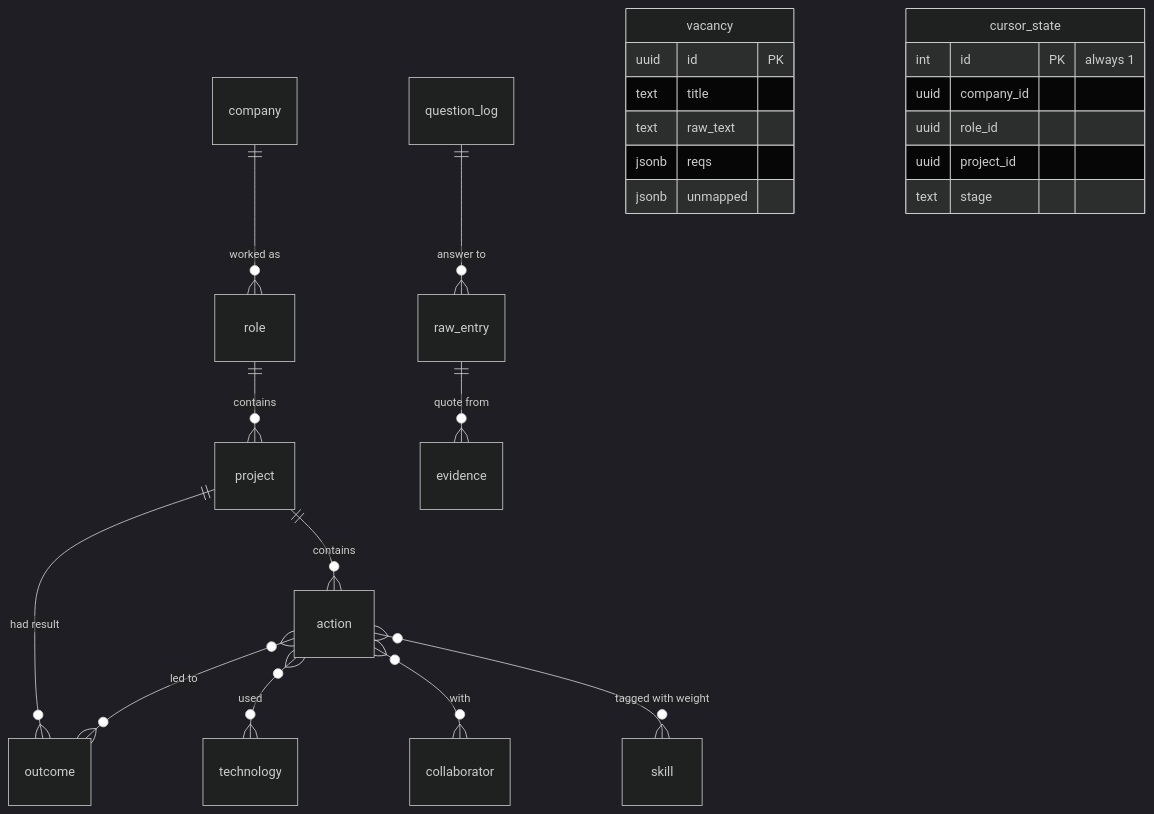
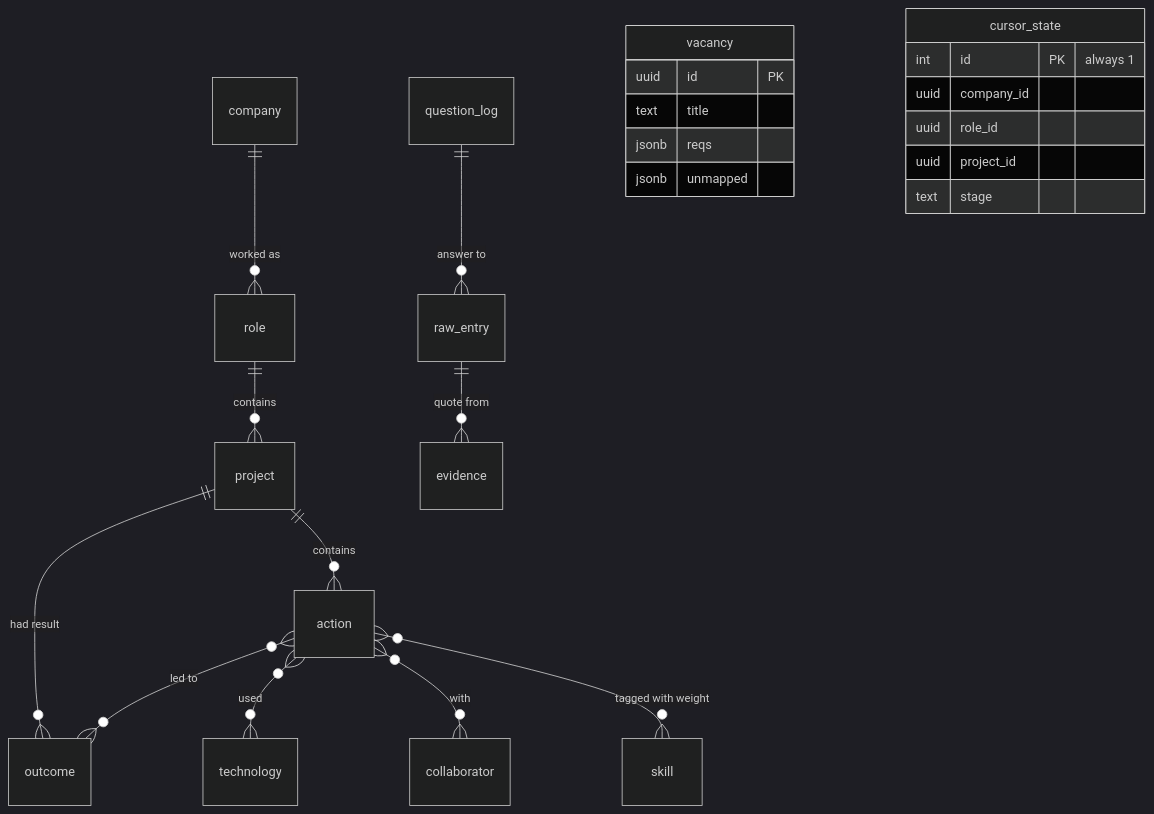
One commit to yuriisurzhykov/Tallyvane changed the sixth of 6 diagrams in docs/adr/ADR-101-knowledge-core-proof-of-concept.md. Above: the diagram before and after it, drawn with Mermaid (dark theme). The commit also changed other lines of this file and 45 other files, not shown here.

````diff
--- a/docs/adr/ADR-101-knowledge-core-proof-of-concept.md
+++ b/docs/adr/ADR-101-knowledge-core-proof-of-concept.md
@@ -517,27 +544,26 @@
 ```mermaid
 erDiagram
     company ||--o{ role : "worked as"
     role ||--o{ project : "contains"
     project ||--o{ action : "contains"
     project ||--o{ outcome : "had result"
     action }o--o{ outcome : "led to"
     action }o--o{ technology : "used"
     action }o--o{ collaborator : "with"
     action }o--o{ skill : "tagged with weight"
     raw_entry ||--o{ evidence : "quote from"
     question_log ||--o{ raw_entry : "answer to"
     vacancy {
         uuid id PK
         text title
-        text raw_text
         jsonb reqs
         jsonb unmapped
     }
     cursor_state {
         int id PK "always 1"
         uuid company_id
         uuid role_id
         uuid project_id
         text stage
     }
 ```
````
